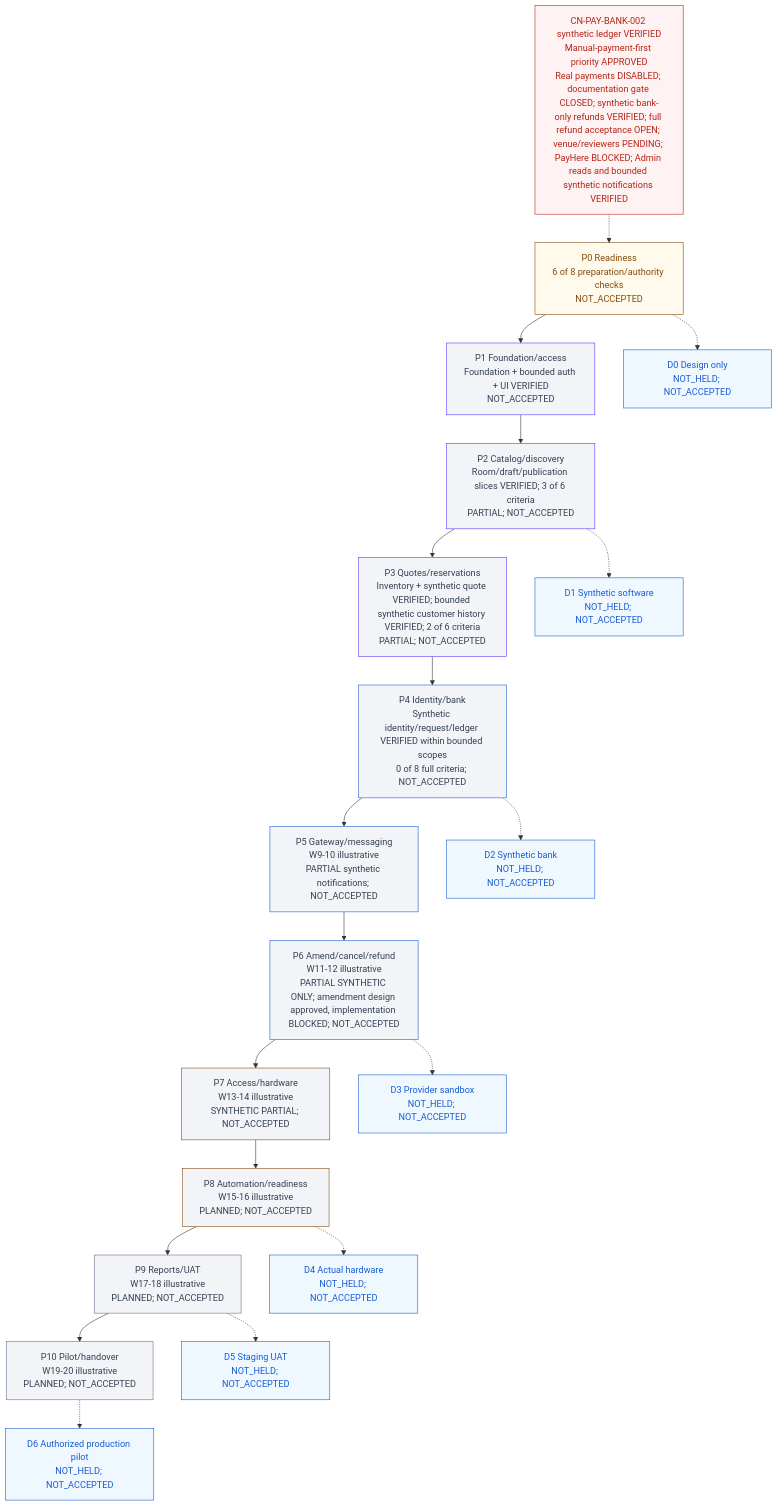
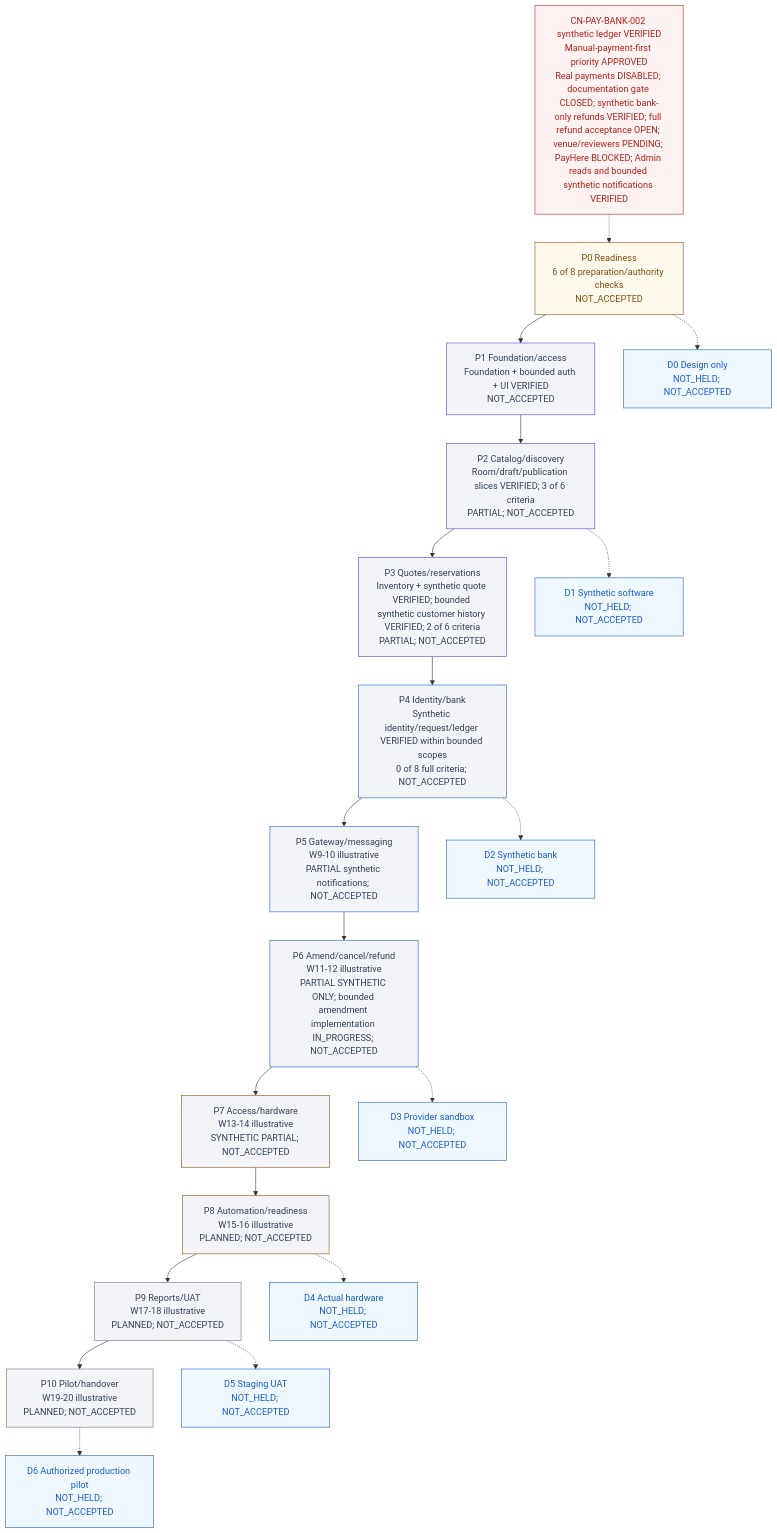
Before and after one commit to Hasitha3513/Theater-Project: the diagram in knowledge/PROGRESS.md, drawn with Mermaid. The commit also changed other lines of this file and 41 other files, not shown here.

Commit message:
feat(booking): add bounded synthetic rescheduling

````diff
--- a/knowledge/PROGRESS.md
+++ b/knowledge/PROGRESS.md
@@ -313,45 +313,45 @@
 ```mermaid
 flowchart TB
   G["CN-PAY-BANK-002 synthetic ledger VERIFIED<br/>Manual-payment-first priority APPROVED<br/>Real payments DISABLED; documentation gate CLOSED; synthetic bank-only refunds VERIFIED; full refund acceptance OPEN; venue/reviewers PENDING; PayHere BLOCKED; Admin reads and bounded synthetic notifications VERIFIED"]
   P0["P0 Readiness<br/>6 of 8 preparation/authority checks<br/>NOT_ACCEPTED"]
   P1["P1 Foundation/access<br/>Foundation + bounded auth + UI VERIFIED<br/>NOT_ACCEPTED"]
   P2["P2 Catalog/discovery<br/>Room/draft/publication slices VERIFIED; 3 of 6 criteria<br/>PARTIAL; NOT_ACCEPTED"]
   P3["P3 Quotes/reservations<br/>Inventory + synthetic quote VERIFIED; bounded synthetic customer history VERIFIED; 2 of 6 criteria<br/>PARTIAL; NOT_ACCEPTED"]
   P4["P4 Identity/bank<br/>Synthetic identity/request/ledger VERIFIED within bounded scopes<br/>0 of 8 full criteria; NOT_ACCEPTED"]
   P5["P5 Gateway/messaging<br/>W9-10 illustrative<br/>PARTIAL synthetic notifications; NOT_ACCEPTED"]
-  P6["P6 Amend/cancel/refund<br/>W11-12 illustrative<br/>PARTIAL SYNTHETIC ONLY; amendment design approved, implementation BLOCKED; NOT_ACCEPTED"]
+  P6["P6 Amend/cancel/refund<br/>W11-12 illustrative<br/>PARTIAL SYNTHETIC ONLY; bounded amendment implementation IN_PROGRESS; NOT_ACCEPTED"]
   P7["P7 Access/hardware<br/>W13-14 illustrative<br/>SYNTHETIC PARTIAL; NOT_ACCEPTED"]
   P8["P8 Automation/readiness<br/>W15-16 illustrative<br/>PLANNED; NOT_ACCEPTED"]
   P9["P9 Reports/UAT<br/>W17-18 illustrative<br/>PLANNED; NOT_ACCEPTED"]
   P10["P10 Pilot/handover<br/>W19-20 illustrative<br/>PLANNED; NOT_ACCEPTED"]
   G -.-> P0
   P0 --> P1 --> P2 --> P3 --> P4 --> P5 --> P6 --> P7 --> P8 --> P9 --> P10
   D0["D0 Design only<br/>NOT_HELD; NOT_ACCEPTED"]
   D1["D1 Synthetic software<br/>NOT_HELD; NOT_ACCEPTED"]
   D2["D2 Synthetic bank<br/>NOT_HELD; NOT_ACCEPTED"]
   D3["D3 Provider sandbox<br/>NOT_HELD; NOT_ACCEPTED"]
   D4["D4 Actual hardware<br/>NOT_HELD; NOT_ACCEPTED"]
   D5["D5 Staging UAT<br/>NOT_HELD; NOT_ACCEPTED"]
   D6["D6 Authorized production pilot<br/>NOT_HELD; NOT_ACCEPTED"]
   P0 -.-> D0
   P2 -.-> D1
   P4 -.-> D2
   P6 -.-> D3
   P8 -.-> D4
   P9 -.-> D5
   P10 -.-> D6
   classDef readiness fill:#FFFAEB,color:#854A0E,stroke:#854A0E;
   classDef foundation fill:#F2F4F7,color:#344054,stroke:#5135FF;
   classDef financial fill:#F2F4F7,color:#344054,stroke:#175CD3;
   classDef physical fill:#F2F4F7,color:#344054,stroke:#854A0E;
   classDef release fill:#F2F4F7,color:#344054,stroke:#667085;
   classDef blocked fill:#FEF3F2,color:#B42318,stroke:#B42318;
   classDef demo fill:#EFF8FF,color:#175CD3,stroke:#175CD3;
   class P0 readiness;
   class P1,P2,P3 foundation;
   class P4,P5,P6 financial;
   class P7,P8 physical;
   class P9,P10 release;
   class G blocked;
   class D0,D1,D2,D3,D4,D5,D6 demo;
 ```
````
